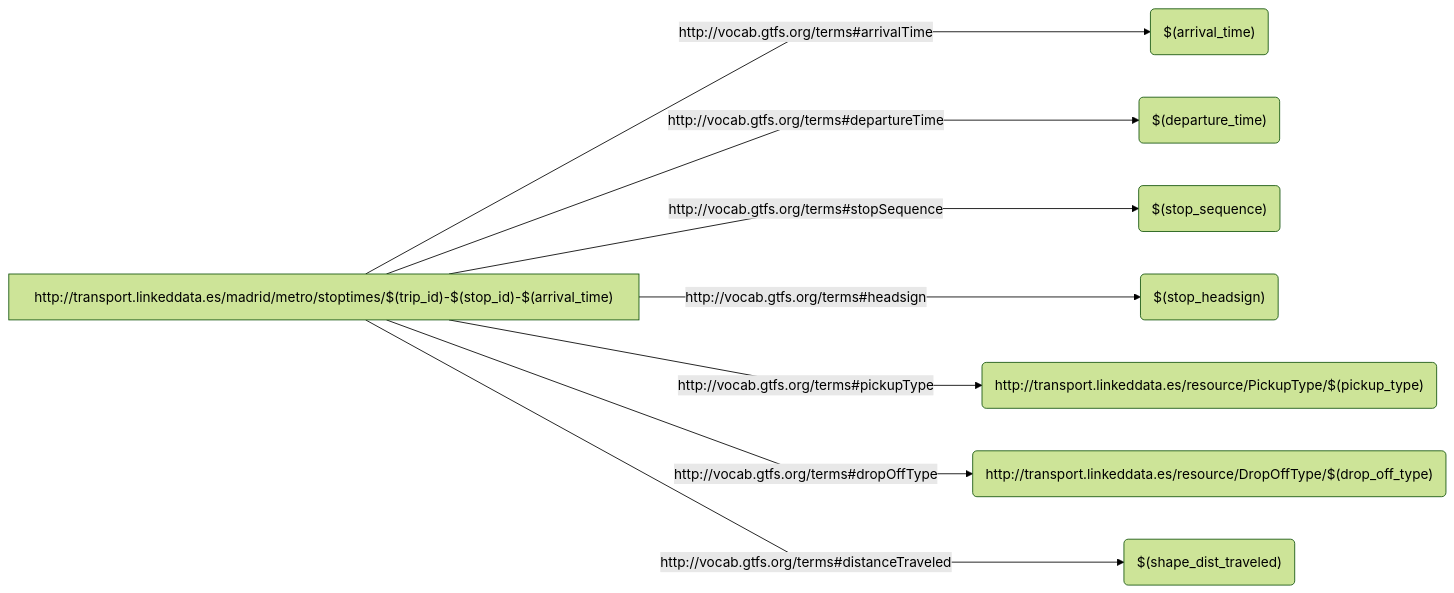
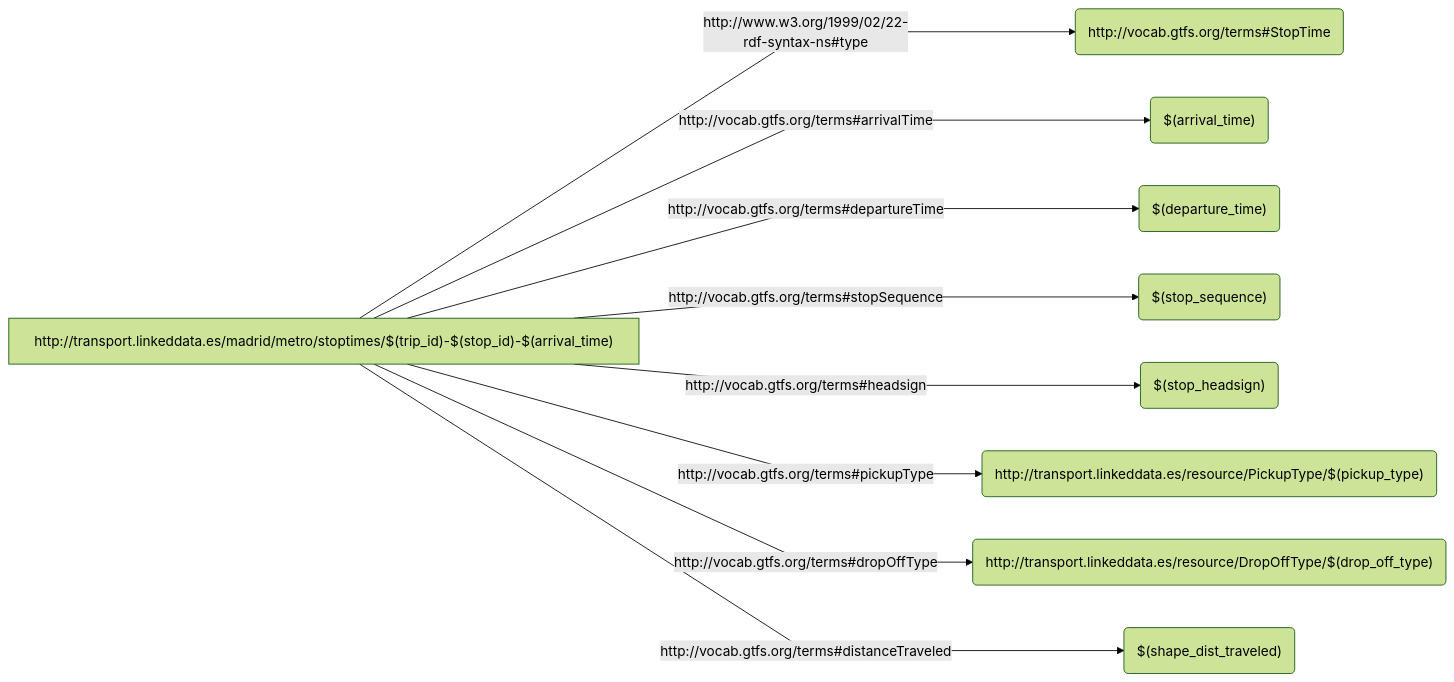
One commit to oeg-upm/rmldoc changed the diagram in src/Templates/output_template3.md. Above: the diagram before and after it, drawn with Mermaid.

````diff
--- a/src/Templates/output_template3.md
+++ b/src/Templates/output_template3.md
@@ -42,13 +42,14 @@
 ```mermaid
 %%{ init : { "theme" : "forest", "flowchart" : { "curve" : "linear" }}}%%
 
 flowchart LR
+	S["http://transport.linkeddata.es/madrid/metro/stoptimes/$(trip_id)-$(stop_id)-$(arrival_time)"] -->|"http://www.w3.org/1999/02/22-rdf-syntax-ns#type"| o0("http://vocab.gtfs.org/terms#StopTime")
     S["http://transport.linkeddata.es/madrid/metro/stoptimes/$(trip_id)-$(stop_id)-$(arrival_time)"] -->|"http://vocab.gtfs.org/terms#arrivalTime"| o1("$(arrival_time)")
 	S["http://transport.linkeddata.es/madrid/metro/stoptimes/$(trip_id)-$(stop_id)-$(arrival_time)"] -->|"http://vocab.gtfs.org/terms#departureTime"| o2("$(departure_time)")
 	S["http://transport.linkeddata.es/madrid/metro/stoptimes/$(trip_id)-$(stop_id)-$(arrival_time)"] -->|"http://vocab.gtfs.org/terms#stopSequence"| o3("$(stop_sequence)")
 	S["http://transport.linkeddata.es/madrid/metro/stoptimes/$(trip_id)-$(stop_id)-$(arrival_time)"] -->|"http://vocab.gtfs.org/terms#headsign"| o4("$(stop_headsign)")
 	S["http://transport.linkeddata.es/madrid/metro/stoptimes/$(trip_id)-$(stop_id)-$(arrival_time)"] -->|"http://vocab.gtfs.org/terms#pickupType"| o5("http://transport.linkeddata.es/resource/PickupType/$(pickup_type)")
 	S["http://transport.linkeddata.es/madrid/metro/stoptimes/$(trip_id)-$(stop_id)-$(arrival_time)"] -->|"http://vocab.gtfs.org/terms#dropOffType"| o6("http://transport.linkeddata.es/resource/DropOffType/$(drop_off_type)")
 	S["http://transport.linkeddata.es/madrid/metro/stoptimes/$(trip_id)-$(stop_id)-$(arrival_time)"] -->|"http://vocab.gtfs.org/terms#distanceTraveled"| o7("$(shape_dist_traveled)")
     
 ```
````
